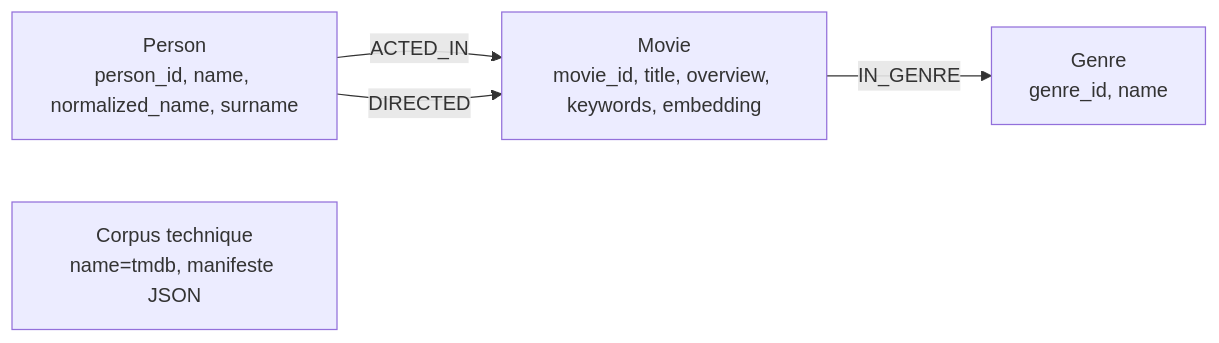
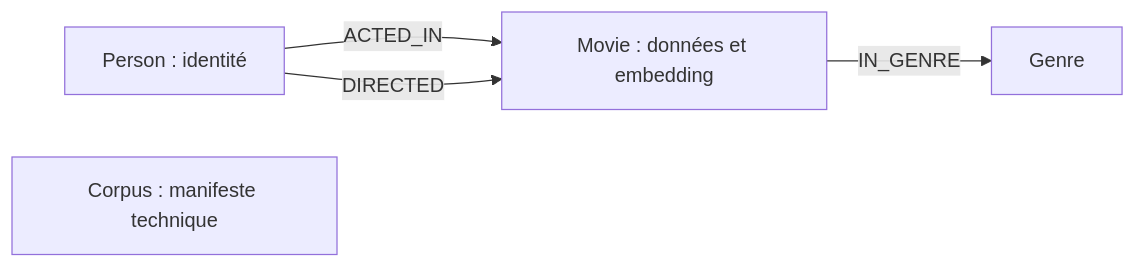
Before and after one commit to Styyde/Movie-GraphRag-: the second of 4 diagrams in docs/architecture_complete_soutenance.md, drawn with Mermaid. The commit also changed other lines of this file and 9 other files, not shown here.

Commit message:
updating frontend and architecture documentation

````diff
--- a/docs/architecture_complete_soutenance.md
+++ b/docs/architecture_complete_soutenance.md
@@ -99,10 +51,7 @@
-```mermaid
+~~~mermaid
 flowchart LR
-    P["Person<br/>person_id, name, normalized_name, surname"]
-    M["Movie<br/>movie_id, title, overview, keywords, embedding"]
-    G["Genre<br/>genre_id, name"]
-    C["Corpus technique<br/>name=tmdb, manifeste JSON"]
-    P -->|ACTED_IN| M
+    P["Person : identité"] -->|ACTED_IN| M["Movie : données et embedding"]
     P -->|DIRECTED| M
-    M -->|IN_GENRE| G
-```
+    M -->|IN_GENRE| G["Genre"]
+    C["Corpus : manifeste technique"]
+~~~
````
